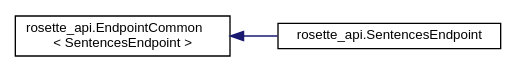
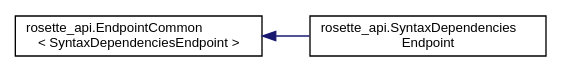
The diagram in inherit_graph_12.dot (rosette-api/dotnet), drawn with Graphviz before and after one commit. The commit also changed 196 other files, not shown here.

```diff
--- a/inherit_graph_12.dot
+++ b/inherit_graph_12.dot
@@ -1,9 +1,9 @@
 digraph "Graphical Class Hierarchy"
 {
   edge [fontname="Helvetica",fontsize="10",labelfontname="Helvetica",labelfontsize="10"];
   node [fontname="Helvetica",fontsize="10",shape=record];
   rankdir="LR";
-  Node0 [label="rosette_api.EndpointCommon\l\< SentencesEndpoint \>",height=0.2,width=0.4,color="black", fillcolor="white", style="filled",URL="$classrosette__api_1_1_endpoint_common.html"];
+  Node0 [label="rosette_api.EndpointCommon\l\< SyntaxDependenciesEndpoint \>",height=0.2,width=0.4,color="black", fillcolor="white", style="filled",URL="$classrosette__api_1_1_endpoint_common.html"];
   Node0 -> Node1 [dir="back",color="midnightblue",fontsize="10",style="solid",fontname="Helvetica"];
-  Node1 [label="rosette_api.SentencesEndpoint",height=0.2,width=0.4,color="black", fillcolor="white", style="filled",URL="$classrosette__api_1_1_sentences_endpoint.html"];
+  Node1 [label="rosette_api.SyntaxDependencies\lEndpoint",height=0.2,width=0.4,color="black", fillcolor="white", style="filled",URL="$classrosette__api_1_1_syntax_dependencies_endpoint.html"];
 }
```
